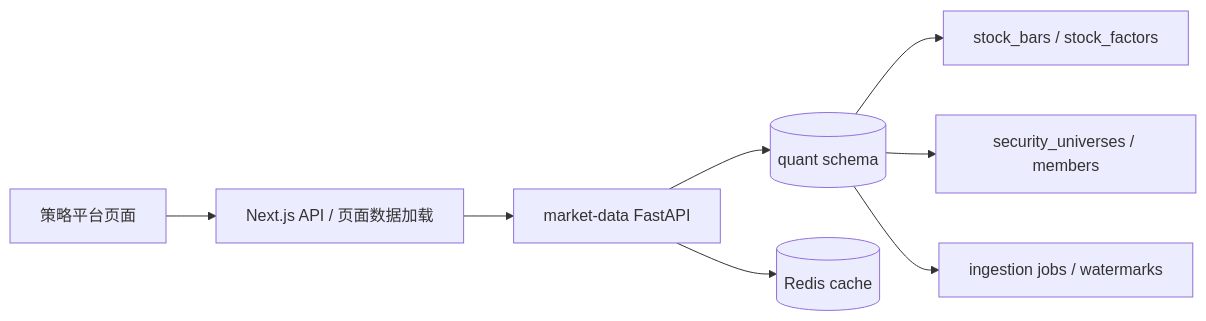
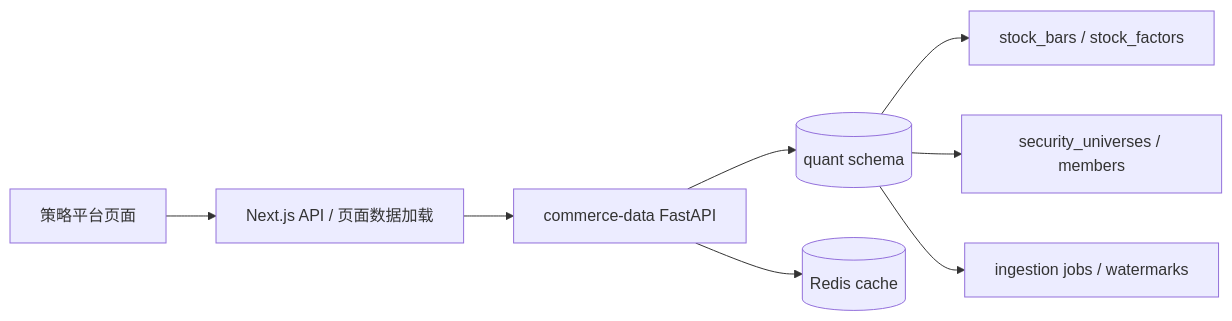
The diagram in docs/strategy-platform-guide.md (betterkite/shop-gate), drawn with Mermaid before and after one commit. The commit also changed 448 other files, not shown here.

````diff
--- a/docs/strategy-platform-guide.md
+++ b/docs/strategy-platform-guide.md
@@ -40,10 +40,10 @@
 ```mermaid
 flowchart LR
   P[策略平台页面] --> A[Next.js API / 页面数据加载]
-  A --> M[market-data FastAPI]
+  A --> M[commerce-data FastAPI]
   M --> Q[(quant schema)]
   Q --> B[stock_bars / stock_factors]
   Q --> U[security_universes / members]
   Q --> J[ingestion jobs / watermarks]
   M --> R[(Redis cache)]
 ```
````
